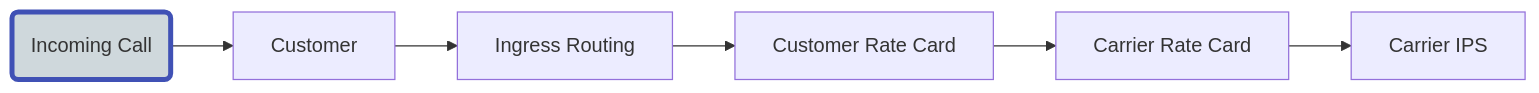
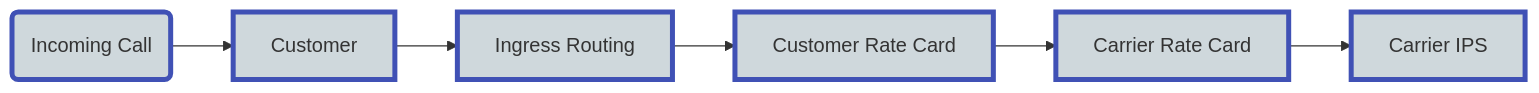
The diagram in docs/routing.md (connexcs/docs), drawn with Mermaid before and after one commit.

````diff
--- a/docs/routing.md
+++ b/docs/routing.md
@@ -4,9 +4,14 @@
 ```mermaid
 graph LR
     A(Incoming Call) --> B[Customer]
     style A fill:#CFD8DC,stroke:#4051b5,stroke-width:4px
     B --> C[Ingress Routing]
+    style B fill:#CFD8DC,stroke:#4051b5,stroke-width:4px
     C --> D[Customer Rate Card]
+    style C fill:#CFD8DC,stroke:#4051b5,stroke-width:4px
     D --> E[Carrier Rate Card]
+    style D fill:#CFD8DC,stroke:#4051b5,stroke-width:4px
     E --> F[Carrier IPS]
+    style E fill:#CFD8DC,stroke:#4051b5,stroke-width:4px
+    style F fill:#CFD8DC,stroke:#4051b5,stroke-width:4px
 ```
````
